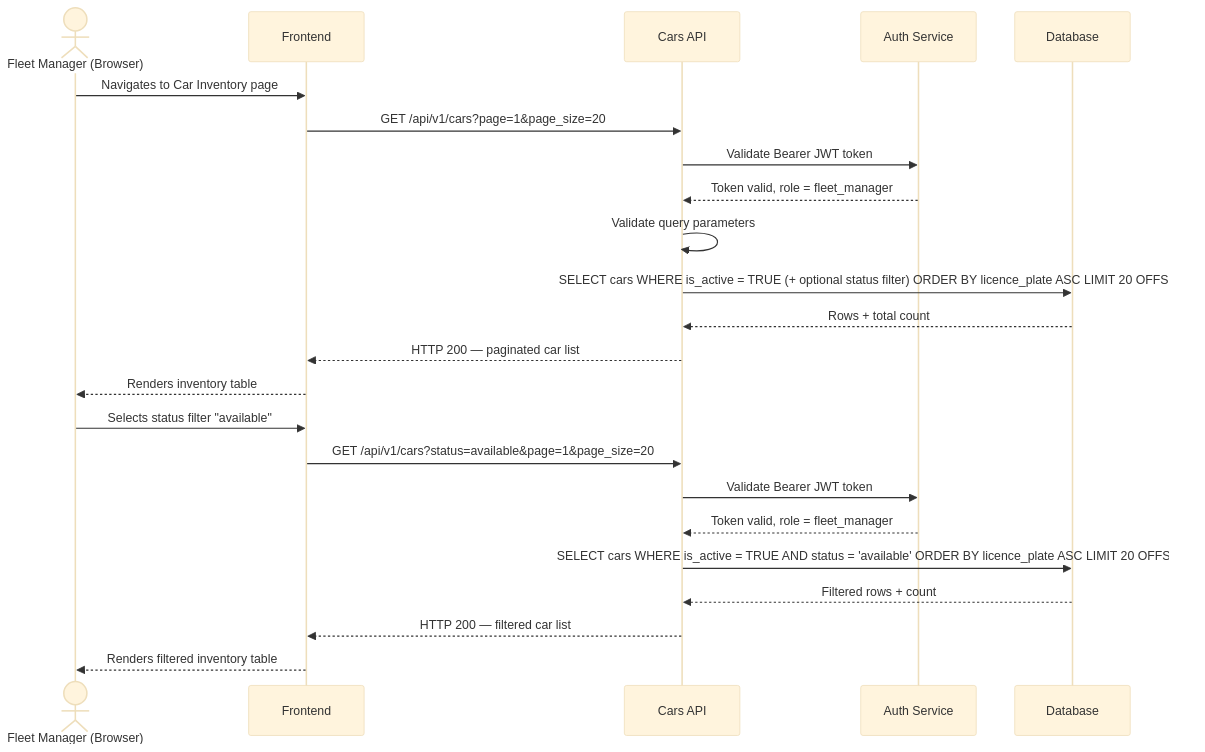
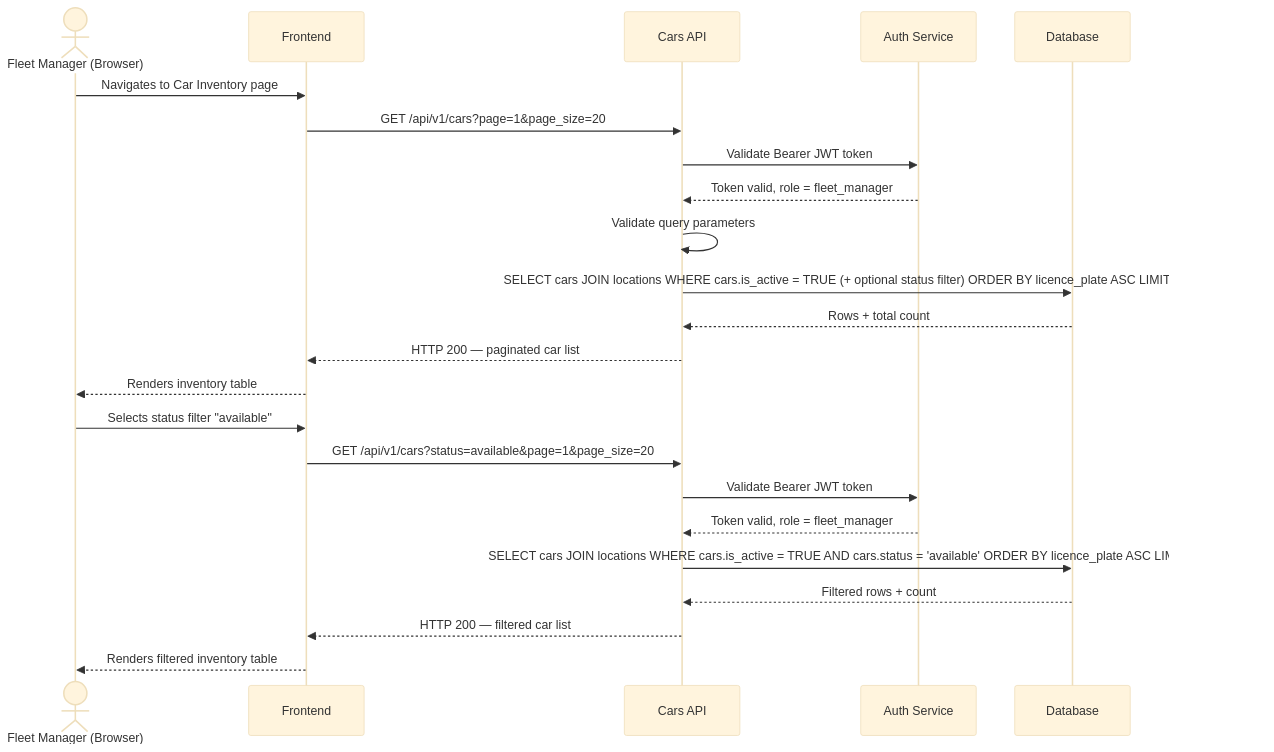
The diagram in docs/trd/trd-view-car-inventory.md (RavishankarDuMCA10/ai-sdlc), drawn with Mermaid (base theme) before and after one commit. The commit also changed other lines of this file and 1 other file, not shown here.

Commit message:
docs: use consolidated cars table design from database-design-car-management.md

````diff
--- a/docs/trd/trd-view-car-inventory.md
+++ b/docs/trd/trd-view-car-inventory.md
@@ -191,27 +197,27 @@
 ```mermaid
 sequenceDiagram
     actor FM as Fleet Manager (Browser)
     participant FE as Frontend
     participant API as Cars API
     participant Auth as Auth Service
     participant DB as Database
 
     FM->>FE: Navigates to Car Inventory page
     FE->>API: GET /api/v1/cars?page=1&page_size=20
     API->>Auth: Validate Bearer JWT token
     Auth-->>API: Token valid, role = fleet_manager
     API->>API: Validate query parameters
-    API->>DB: SELECT cars WHERE is_active = TRUE (+ optional status filter) ORDER BY licence_plate ASC LIMIT 20 OFFSET 0
+    API->>DB: SELECT cars JOIN locations WHERE cars.is_active = TRUE (+ optional status filter) ORDER BY licence_plate ASC LIMIT 20 OFFSET 0
     DB-->>API: Rows + total count
     API-->>FE: HTTP 200 — paginated car list
     FE-->>FM: Renders inventory table
 
     FM->>FE: Selects status filter "available"
     FE->>API: GET /api/v1/cars?status=available&page=1&page_size=20
     API->>Auth: Validate Bearer JWT token
     Auth-->>API: Token valid, role = fleet_manager
-    API->>DB: SELECT cars WHERE is_active = TRUE AND status = 'available' ORDER BY licence_plate ASC LIMIT 20 OFFSET 0
+    API->>DB: SELECT cars JOIN locations WHERE cars.is_active = TRUE AND cars.status = 'available' ORDER BY licence_plate ASC LIMIT 20 OFFSET 0
     DB-->>API: Filtered rows + count
     API-->>FE: HTTP 200 — filtered car list
     FE-->>FM: Renders filtered inventory table
 ```
````
